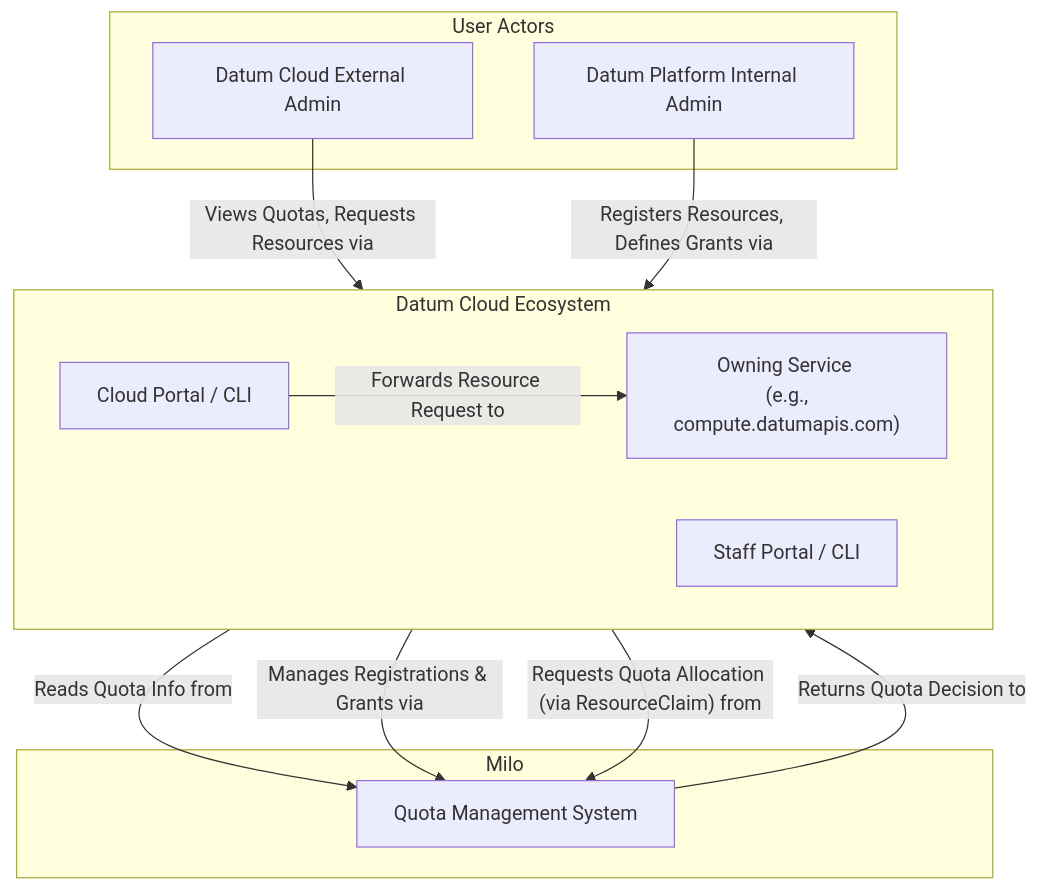
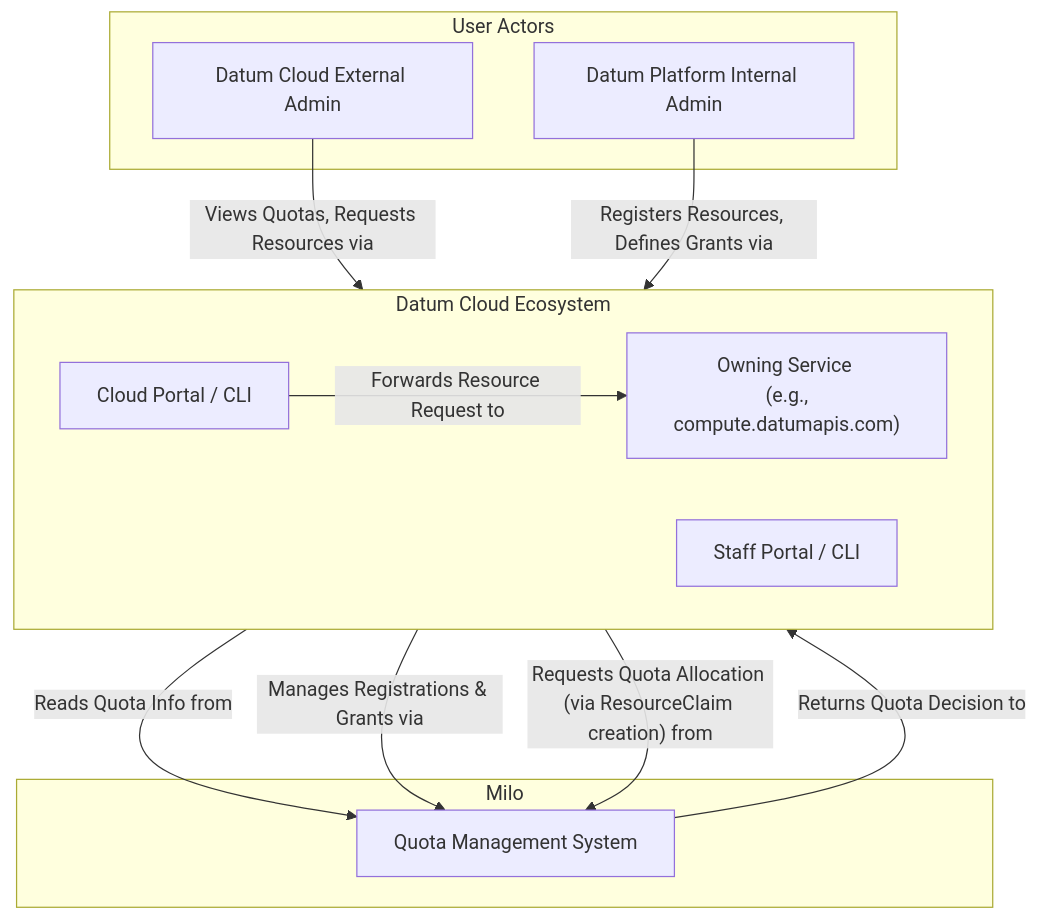
Before and after one commit to datum-cloud/enhancements: the diagram in enhancements/platform/quota-management/README.md, drawn with Mermaid. The commit also changed other lines of this file, not shown here.

Commit message:
enh(quota): updates reconciliation logic, refines document

````diff
--- a/enhancements/platform/quota-management/README.md
+++ b/enhancements/platform/quota-management/README.md
@@ -849,32 +894,32 @@
 ```mermaid
 %% C1 - System Context Diagram: Milo Quota Management System
 graph TD
     subgraph User Actors
         ExternalAdmin["Datum Cloud External Admin"]
         DatumPlatformAdminEmployee["Datum Platform Internal Admin"]
     end
 
     subgraph DatumCloudEcosystem["Datum Cloud Ecosystem"]
         direction LR
         CloudPortalCLI["Cloud Portal / CLI"]
         StaffPortalCLI["Staff Portal / CLI"]
         OwningService["Owning Service <br/> (e.g., compute.datumapis.com)"]
     end
 
     subgraph MiloCentralServices ["Milo"]
         QuotaSystem["Quota Management System"]
     end
 
     %% External Admin interactions
     ExternalAdmin -- "Views Quotas, Requests Resources via" --> CloudPortalCLI
     CloudPortalCLI -- "Forwards Resource Request to" --> OwningService
     CloudPortalCLI -- "Reads Quota Info from" --> QuotaSystem
 
     %% Internal Admin interactions
     DatumPlatformAdminEmployee -- "Registers Resources, Defines Grants via" --> StaffPortalCLI
     StaffPortalCLI -- "Manages Registrations & Grants via" --> QuotaSystem
 
     %% System interactions
-    OwningService -- "Requests Quota Allocation (via ResourceClaim) from" --> QuotaSystem
+    OwningService -- "Requests Quota Allocation (via ResourceClaim creation) from" --> QuotaSystem
     QuotaSystem -- "Returns Quota Decision to" --> OwningService
 ```
````
